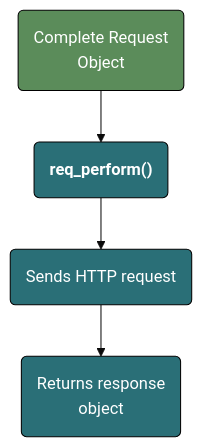
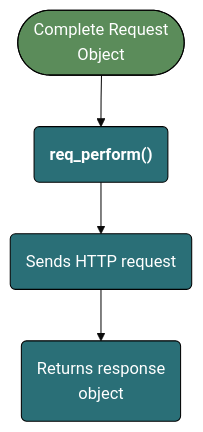
One commit to mjfrigaard/do4ds-labs changed the fourth of 6 diagrams in r-app-api.qmd. Above: the diagram before and after it, drawn with Mermaid. The commit also changed other lines of this file and 19 other files, not shown here.

````diff
--- a/r-app-api.qmd
+++ b/r-app-api.qmd
@@ -385,17 +387,17 @@
 ```{mermaid}
 %%| fig-cap: 'Performing the Request'
 %%| fig-width: 6.5
 %%| fig-align: 'center'
 %%{init: {'theme': 'base', 'themeVariables': {'fontFamily': 'monospace'}}}%%
 
 graph TD
-	A("Complete Request<br>Object") --> B("<strong>req_perform()</strong>")
+	A(["Complete Request<br>Object"]) --> B("<strong>req_perform()</strong>")
 	B --> C("Sends HTTP request")
 	C --> D("Returns response<br>object")
     style A fill:#5B8C5A,stroke:#000000,stroke-width:1px,color:#ffffff
     style B fill:#2A6F77,stroke:#000000,stroke-width:1px,color:#ffffff
     style C fill:#2A6F77,stroke:#000000,stroke-width:1px,color:#ffffff
     style D fill:#2A6F77,stroke:#000000,stroke-width:1px,color:#ffffff
 
 
 ```
````
